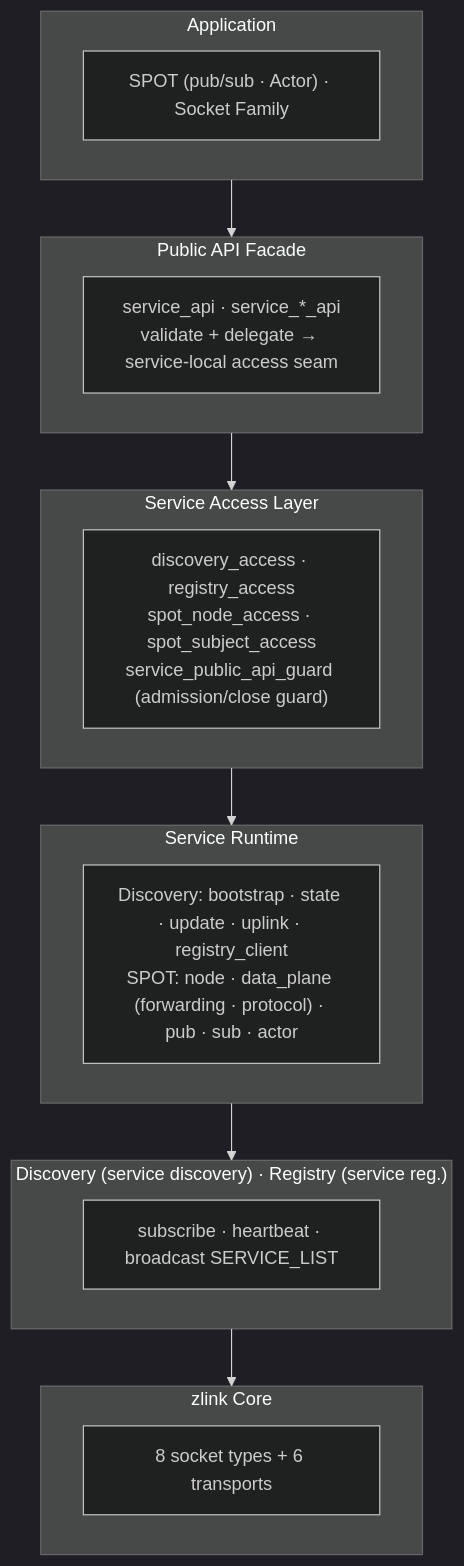
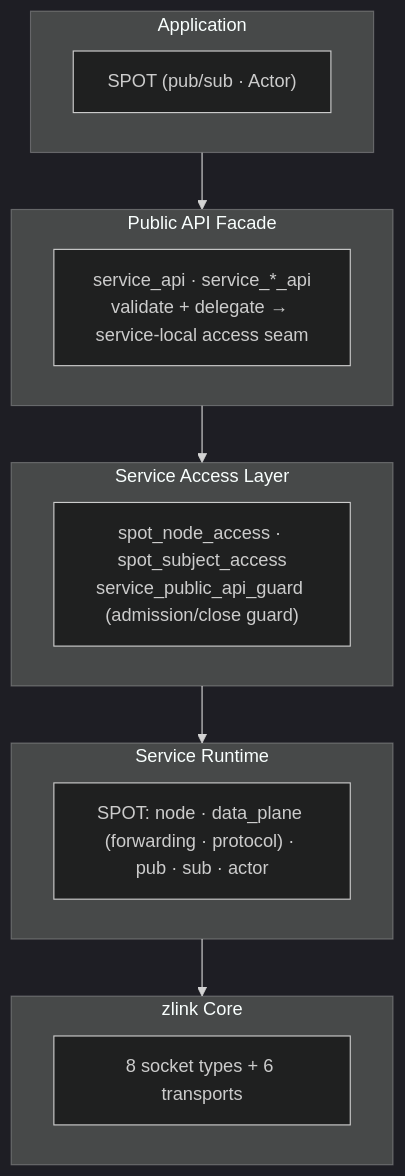
One commit to kairos-code-dev/zlink changed the first of 3 diagrams in core/doc/guide/07-0-services.md. Above: the diagram before and after it, drawn with Mermaid (dark theme). The commit also changed other lines of this file and 34 other files, not shown here.

Commit message:
Clean removed discovery registry docs

````diff
--- a/core/doc/guide/07-0-services.md
+++ b/core/doc/guide/07-0-services.md
@@ -17,28 +22,24 @@
 ```mermaid
 flowchart TB
     subgraph app["Application"]
-        A1["SPOT (pub/sub · Actor) · Socket Family"]
+        A1["SPOT (pub/sub · Actor)"]
     end
 
     subgraph facade["Public API Facade"]
         F1["service_api · service_*_api<br/>validate + delegate → service-local access seam"]
     end
 
     subgraph access["Service Access Layer"]
-        AC1["discovery_access · registry_access<br/>spot_node_access · spot_subject_access<br/>service_public_api_guard (admission/close guard)"]
+        AC1["spot_node_access · spot_subject_access<br/>service_public_api_guard (admission/close guard)"]
     end
 
     subgraph runtime["Service Runtime"]
-        RT1["Discovery: bootstrap · state · update · uplink · registry_client<br/>SPOT: node · data_plane (forwarding · protocol) · pub · sub · actor"]
-    end
-
-    subgraph infra["Discovery (service discovery) · Registry (service reg.)"]
-        IN1["subscribe · heartbeat · broadcast SERVICE_LIST"]
+        RT1["SPOT: node · data_plane (forwarding · protocol) · pub · sub · actor"]
     end
 
     subgraph core["zlink Core"]
         C1["8 socket types + 6 transports"]
     end
 
-    app --> facade --> access --> runtime --> infra --> core
+    app --> facade --> access --> runtime --> core
 ```
````
